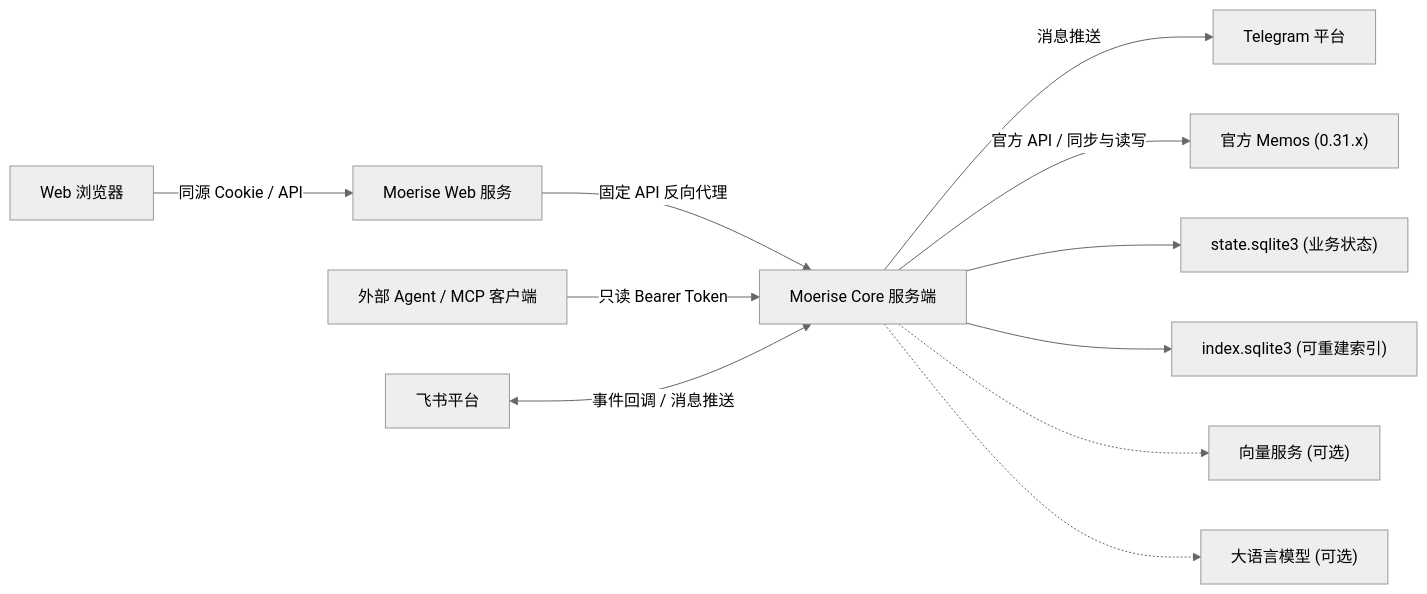
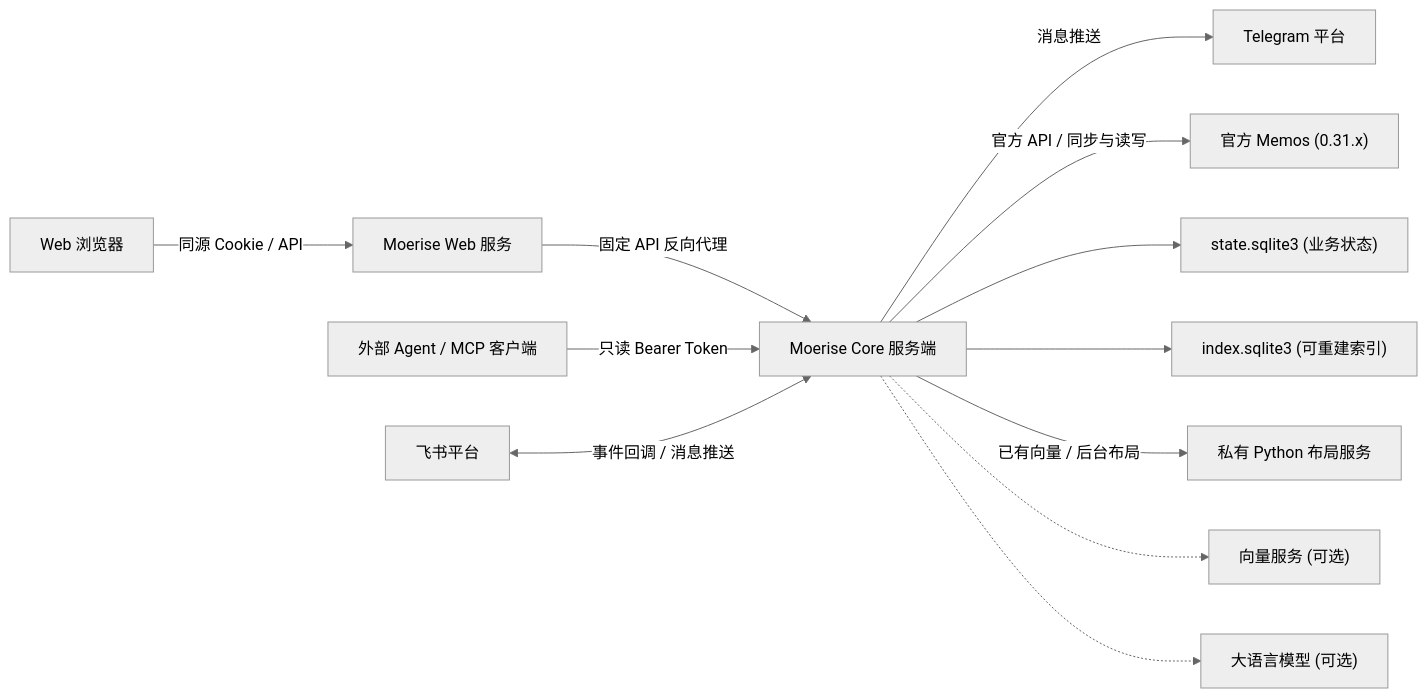
One commit to Fermin214/Moerise changed the diagram in README.md. Above: the diagram before and after it, drawn with Mermaid (neutral theme). The commit also changed other lines of this file and 50 other files, not shown here.

Commit message:
feat: 接入均衡 UMAP 观星与稳定增量星图

````diff
--- a/README.md
+++ b/README.md
@@ -50,14 +51,15 @@
 ```mermaid
 flowchart LR
     Browser["Web 浏览器"] -->|"同源 Cookie / API"| Web["Moerise Web 服务"]
     Web -->|"固定 API 反向代理"| Core["Moerise Core 服务端"]
     Agent["外部 Agent / MCP 客户端"] -->|"只读 Bearer Token"| Core
     Feishu["飞书平台"] <-->|"事件回调 / 消息推送"| Core
     Core -->|"消息推送"| Telegram["Telegram 平台"]
 
     Core -->|"官方 API / 同步与读写"| Memos["官方 Memos (0.31.x)"]
     Core --> State["state.sqlite3 (业务状态)"]
     Core --> Index["index.sqlite3 (可重建索引)"]
+    Core -->|"已有向量 / 后台布局"| Layout["私有 Python 布局服务"]
     Core -.-> Embedding["向量服务 (可选)"]
     Core -.-> LLM["大语言模型 (可选)"]
 ```
````
